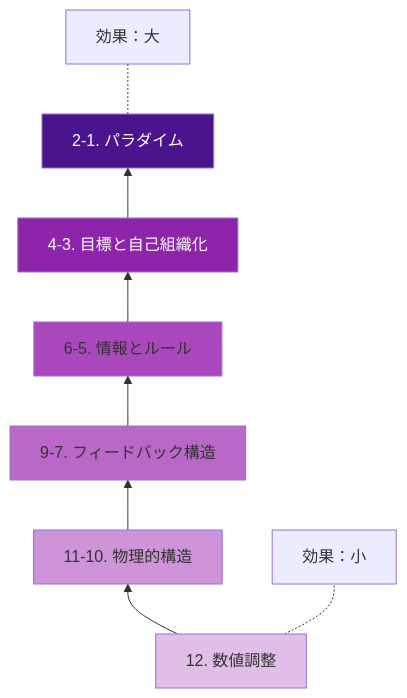
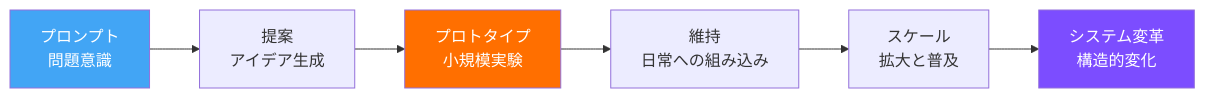
One commit to Hide-nu/Designer-curriculum changed the fifth of 6 diagrams in docs/books/03-social-transformation/ch04-systems-thinking.md. Above: the diagram before and after it, drawn with Mermaid. The commit also changed other lines of this file and 13 other files, not shown here.

````diff
--- a/docs/books/03-social-transformation/ch04-systems-thinking.md
+++ b/docs/books/03-social-transformation/ch04-systems-thinking.md
@@ -117,18 +168,11 @@
 ```mermaid
-graph BT
-    A["12. 数値調整"] --> B["11-10. 物理的構造"]
-    B --> C["9-7. フィードバック構造"]
-    C --> D["6-5. 情報とルール"]
-    D --> E["4-3. 目標と自己組織化"]
-    E --> F["2-1. パラダイム"]
-
-    A -.- G["効果：小"]
-    F -.- H["効果：大"]
-
-    style A fill:#e1bee7
-    style B fill:#ce93d8
-    style C fill:#ba68c8
-    style D fill:#ab47bc
-    style E fill:#8e24aa,color:#fff
-    style F fill:#4a148c,color:#fff
+graph LR
+    A[プロンプト<br>問題意識] --> B[提案<br>アイデア生成]
+    B --> C[プロトタイプ<br>小規模実験]
+    C --> D[維持<br>日常への組み込み]
+    D --> E[スケール<br>拡大と普及]
+    E --> F[システム変革<br>構造的変化]
+    style A fill:#42a5f5,color:#fff
+    style C fill:#ff6f00,color:#fff
+    style F fill:#7c4dff,color:#fff
 ```
````
